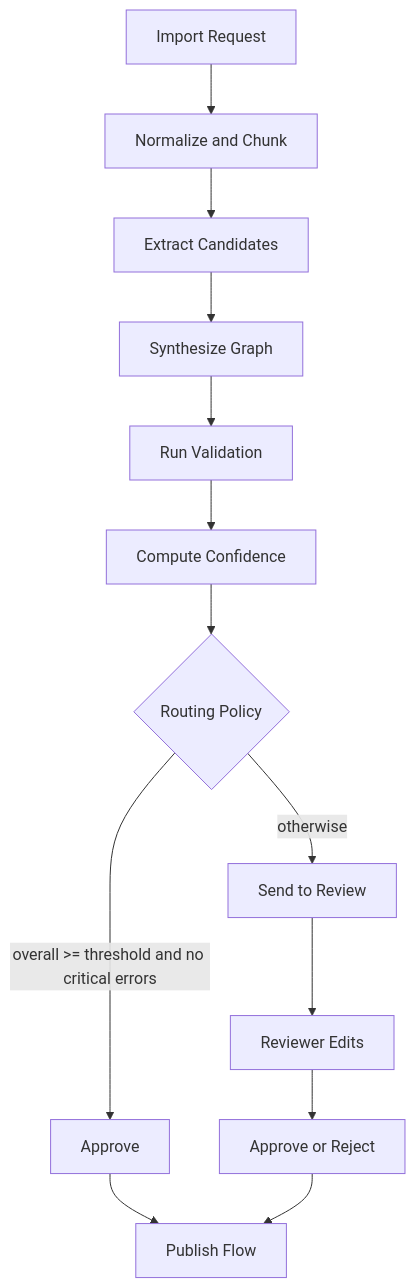
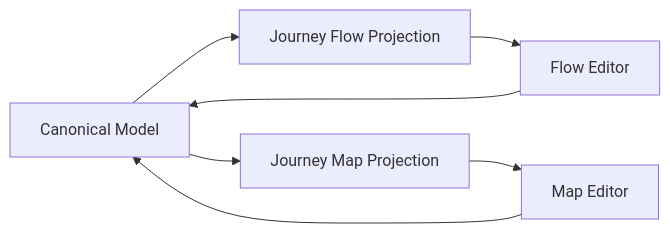
Before and after one commit to tigges/Workflow-designer: the second of 3 diagrams in INTELLIGENT_IMPORT_FLOW_SPEC.md, drawn with Mermaid. The commit also changed other lines of this file and 1 other file, not shown here.

Commit message:
docs: revise intelligent import spec to v1.1 product+pipeline model

````diff
--- a/INTELLIGENT_IMPORT_FLOW_SPEC.md
+++ b/INTELLIGENT_IMPORT_FLOW_SPEC.md
@@ -88,15 +274,9 @@
 ```mermaid
-flowchart TD
-    A[Import Request] --> B[Normalize and Chunk]
-    B --> C[Extract Candidates]
-    C --> D[Synthesize Graph]
-    D --> E[Run Validation]
-    E --> F[Compute Confidence]
-    F --> G{Routing Policy}
-    G -->|overall >= threshold and no critical errors| H[Approve]
-    G -->|otherwise| I[Send to Review]
-    H --> J[Publish Flow]
-    I --> K[Reviewer Edits]
-    K --> L[Approve or Reject]
-    L --> J
+flowchart LR
+    A[Canonical Model] --> B[Journey Flow Projection]
+    A --> C[Journey Map Projection]
+    B --> D[Flow Editor]
+    C --> E[Map Editor]
+    D --> A
+    E --> A
 ```
````
